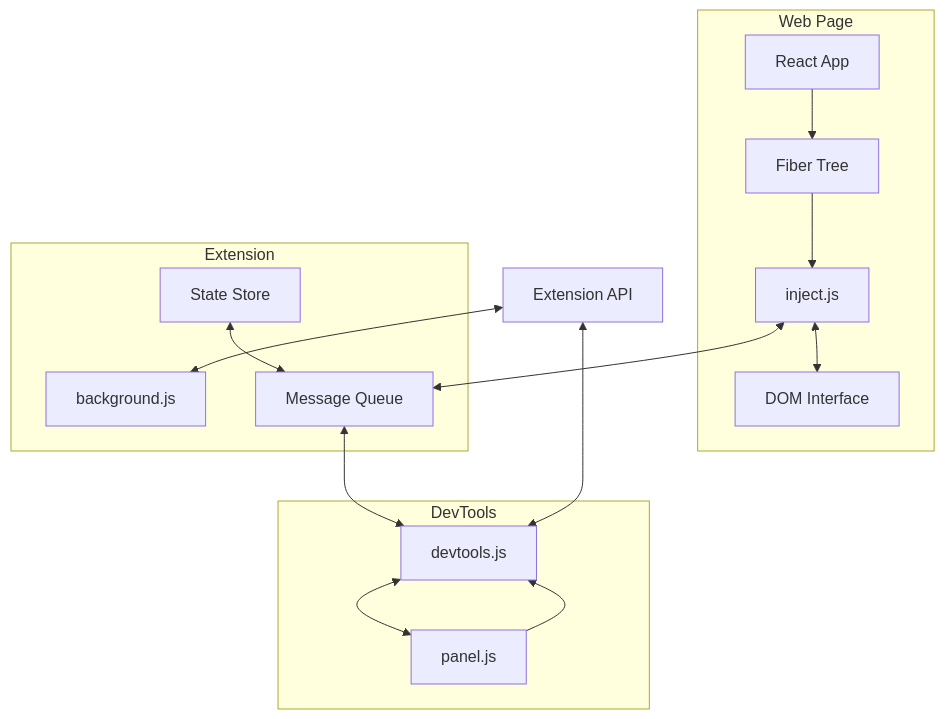
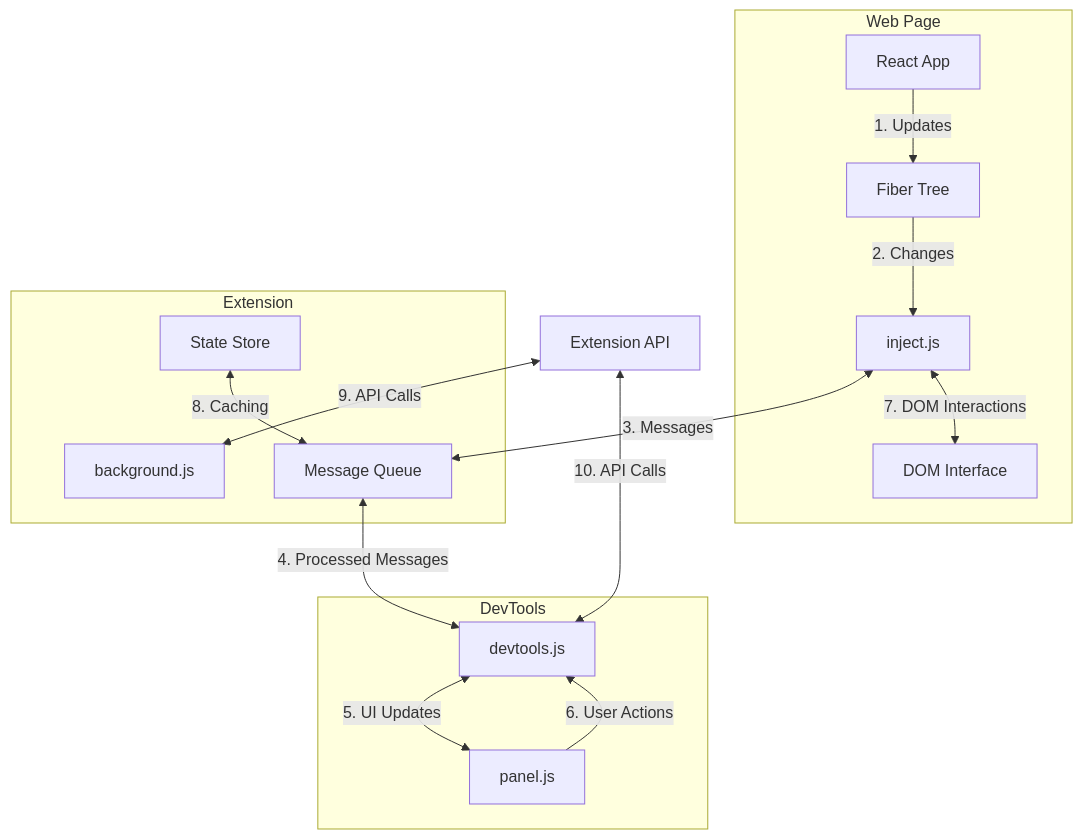
The sixth of 6 diagrams in packages/react-devtools-extensions/minimal-react-devtools/README.md (tmc/react), drawn with Mermaid before and after one commit. The commit also changed other lines of this file, not shown here.

Commit message:
minimal-react-devtool: iter

````diff
--- a/packages/react-devtools-extensions/minimal-react-devtools/README.md
+++ b/packages/react-devtools-extensions/minimal-react-devtools/README.md
@@ -211,29 +284,33 @@
 ```mermaid
 graph TD
     subgraph WebPage["Web Page"]
         ReactApp["React App"]
         FiberTree["Fiber Tree"]
         InjectJS["inject.js"]
         DOMInterface["DOM Interface"]
     end
+
     subgraph Extension["Extension"]
         BackgroundJS["background.js"]
         MessageQueue["Message Queue"]
         StateStore["State Store"]
     end
+
     subgraph DevTools["DevTools"]
         DevtoolsJS["devtools.js"]
         PanelJS["panel.js"]
     end
+
     ExtensionAPI["Extension API"]
-    ReactApp --> FiberTree
-    FiberTree --> InjectJS
-    InjectJS <--> MessageQueue
-    MessageQueue <--> DevtoolsJS
-    DevtoolsJS <--> PanelJS
-    PanelJS --> DevtoolsJS
-    InjectJS <--> DOMInterface
-    StateStore <--> MessageQueue
-    ExtensionAPI <--> BackgroundJS
-    ExtensionAPI <--> DevtoolsJS
+
+    ReactApp -->|1. Updates| FiberTree
+    FiberTree -->|2. Changes| InjectJS
+    InjectJS <-->|3. Messages| MessageQueue
+    MessageQueue <-->|4. Processed Messages| DevtoolsJS
+    DevtoolsJS <-->|5. UI Updates| PanelJS
+    PanelJS -->|6. User Actions| DevtoolsJS
+    InjectJS <-->|7. DOM Interactions| DOMInterface
+    StateStore <-->|8. Caching| MessageQueue
+    ExtensionAPI <-->|9. API Calls| BackgroundJS
+    ExtensionAPI <-->|10. API Calls| DevtoolsJS
 ```
````
